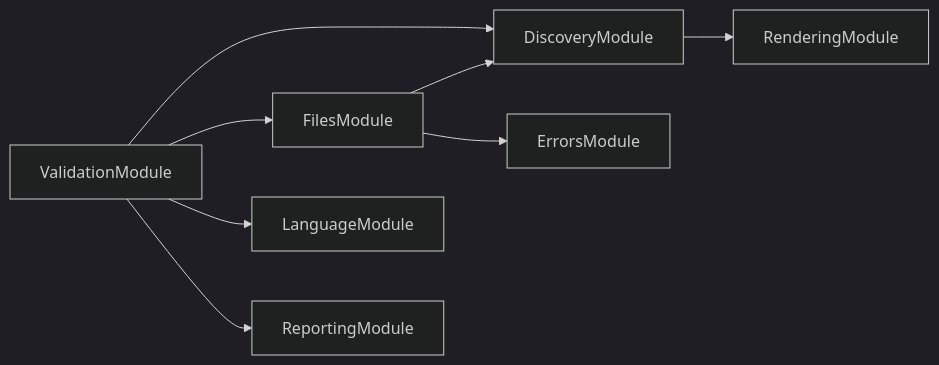
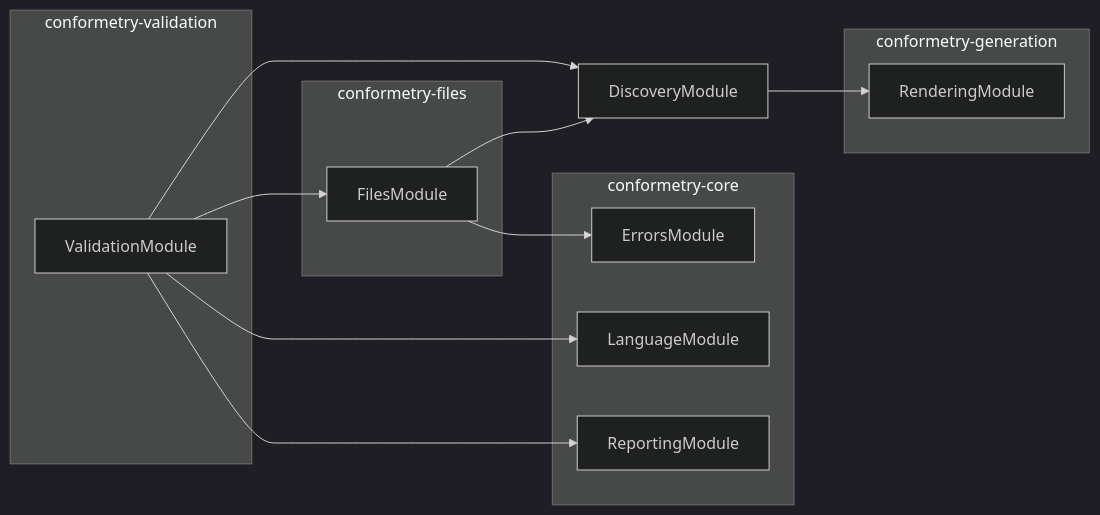
The second of 2 diagrams in packages/conformetry-validation/README.md (JimmyPaolini/codebase), drawn with Mermaid (dark theme) before and after one commit. The commit also changed other lines of this file and 71 other files, not shown here.

Commit message:
feat(synchronization): ✨ group module graphs by package and add nx project graphs

````diff
--- a/packages/conformetry-validation/README.md
+++ b/packages/conformetry-validation/README.md
@@ -67,10 +104,25 @@
 ```mermaid
 flowchart LR
+  subgraph group0["conformetry-validation"]
+    ValidationModule
+  end
+  subgraph group1["conformetry-core"]
+    ErrorsModule
+    LanguageModule
+    ReportingModule
+  end
+  subgraph group2["conformetry-files"]
+    FilesModule
+  end
+  subgraph group3["conformetry-generation"]
+    RenderingModule
+  end
+  DiscoveryModule
   DiscoveryModule --> RenderingModule
   FilesModule --> DiscoveryModule
   FilesModule --> ErrorsModule
   ValidationModule --> DiscoveryModule
   ValidationModule --> FilesModule
   ValidationModule --> LanguageModule
   ValidationModule --> ReportingModule
 ```
````
